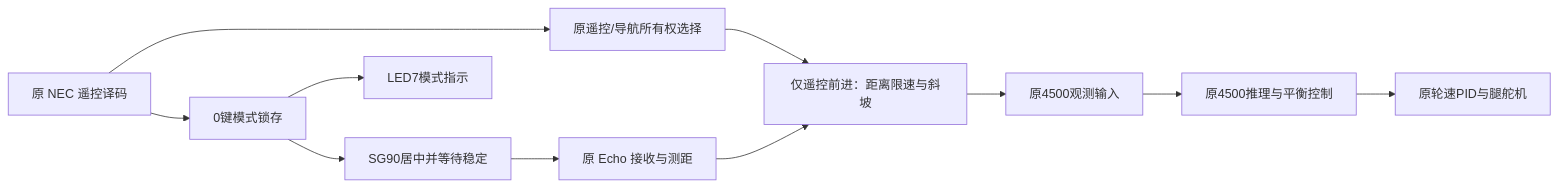
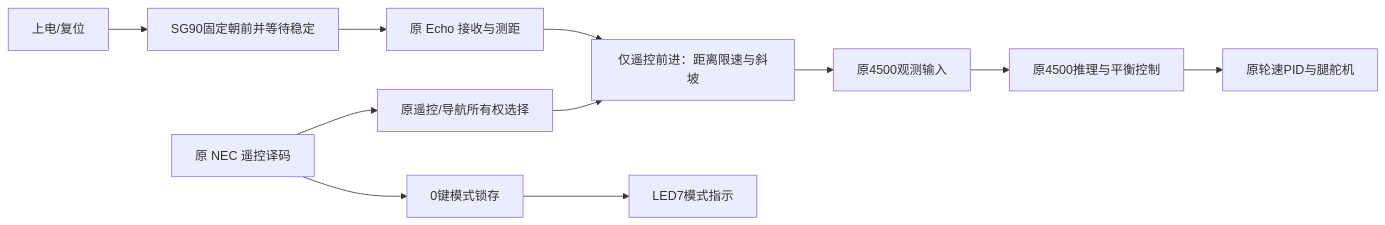
Before and after one commit to LRaina215/SOC_FPGA_NAV: the diagram in integration/g2/ultrasonic_guard_20261103/README.md, drawn with Mermaid. The commit also changed other lines of this file and 20 other files, not shown here.

````diff
--- a/integration/g2/ultrasonic_guard_20261103/README.md
+++ b/integration/g2/ultrasonic_guard_20261103/README.md
@@ -23,13 +27,13 @@
 ```mermaid
 flowchart LR
   NEC[原 NEC 遥控译码] --> OWN[原遥控/导航所有权选择]
   OWN --> GUARD[仅遥控前进：距离限速与斜坡]
   ECHO[原 Echo 接收与测距] --> GUARD
   GUARD --> OBS[原4500观测输入]
   OBS --> RL[原4500推理与平衡控制]
   RL --> PID[原轮速PID与腿舵机]
   NEC --> MODE[0键模式锁存]
-  MODE --> CENTER[SG90居中并等待稳定]
+  POWER[上电/复位] --> CENTER[SG90固定朝前并等待稳定]
   CENTER --> ECHO
   MODE --> LED[LED7模式指示]
 ```
````
